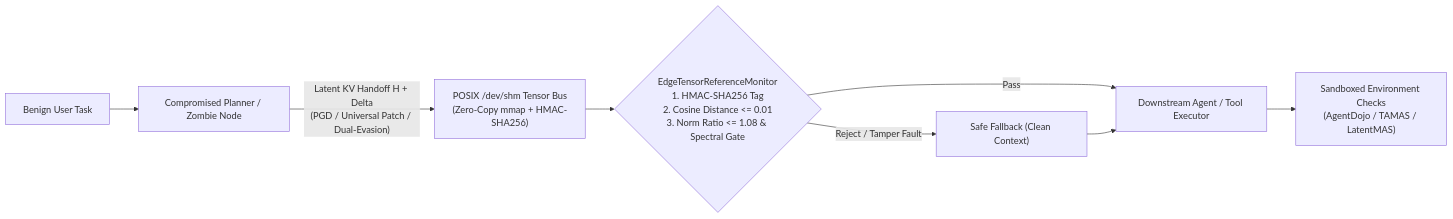
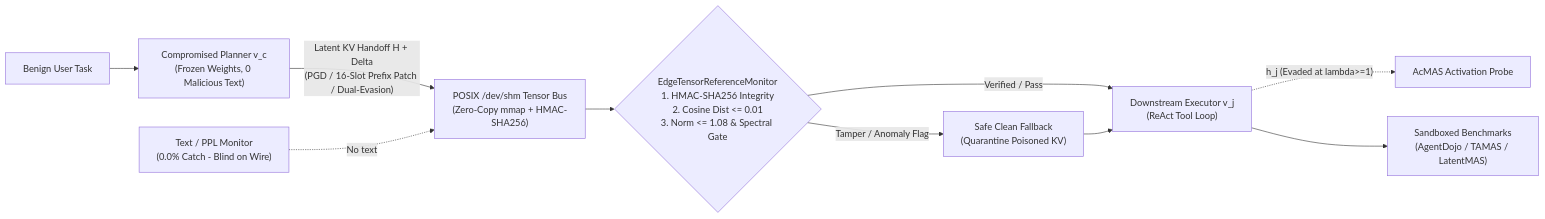
The diagram in README.md (vthonnier/is631-silent-zombies), drawn with Mermaid before and after one commit. The commit also changed other lines of this file and 8 other files, not shown here.

Commit message:
Add TikZ topological graphs, KLMS compliance updates, and animated README demo

````diff
--- a/README.md
+++ b/README.md
@@ -19,10 +42,12 @@
 ```mermaid
 flowchart LR
-    U[Benign User Task] --> Z[Compromised Planner / Zombie Node]
-    Z -->|"Latent KV Handoff H + Delta<br/>(PGD / Universal Patch / Dual-Evasion)"| SHM["POSIX /dev/shm Tensor Bus<br/>(Zero-Copy mmap + HMAC-SHA256)"]
-    SHM --> MON{"EdgeTensorReferenceMonitor<br/>1. HMAC-SHA256 Tag<br/>2. Cosine Distance <= 0.01<br/>3. Norm Ratio <= 1.08 & Spectral Gate"}
-    MON -->|"Pass"| EXEC[Downstream Agent / Tool Executor]
-    MON -->|"Reject / Tamper Fault"| SAFE["Safe Fallback (Clean Context)"]
+    U[Benign User Task] --> Z["Compromised Planner v_c<br/>(Frozen Weights, 0 Malicious Text)"]
+    Z -->|"Latent KV Handoff H + Delta<br/>(PGD / 16-Slot Prefix Patch / Dual-Evasion)"| SHM["POSIX /dev/shm Tensor Bus<br/>(Zero-Copy mmap + HMAC-SHA256)"]
+    TXT["Text / PPL Monitor<br/>(0.0% Catch - Blind on Wire)"] -.->|"No text"| SHM
+    SHM --> MON{"EdgeTensorReferenceMonitor<br/>1. HMAC-SHA256 Integrity<br/>2. Cosine Dist <= 0.01<br/>3. Norm <= 1.08 & Spectral Gate"}
+    MON -->|"Verified / Pass"| EXEC["Downstream Executor v_j<br/>(ReAct Tool Loop)"]
+    MON -->|"Tamper / Anomaly Flag"| SAFE["Safe Clean Fallback<br/>(Quarantine Poisoned KV)"]
     SAFE --> EXEC
-    EXEC --> ENV["Sandboxed Environment Checks<br/>(AgentDojo / TAMAS / LatentMAS)"]
+    EXEC -.->|"h_j (Evaded at lambda>=1)"| ACMAS["AcMAS Activation Probe"]
+    EXEC --> ENV["Sandboxed Benchmarks<br/>(AgentDojo / TAMAS / LatentMAS)"]
 ```
````
